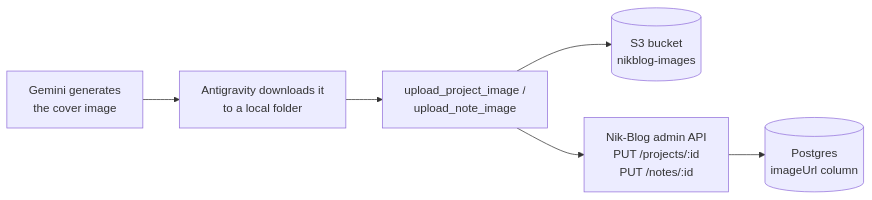
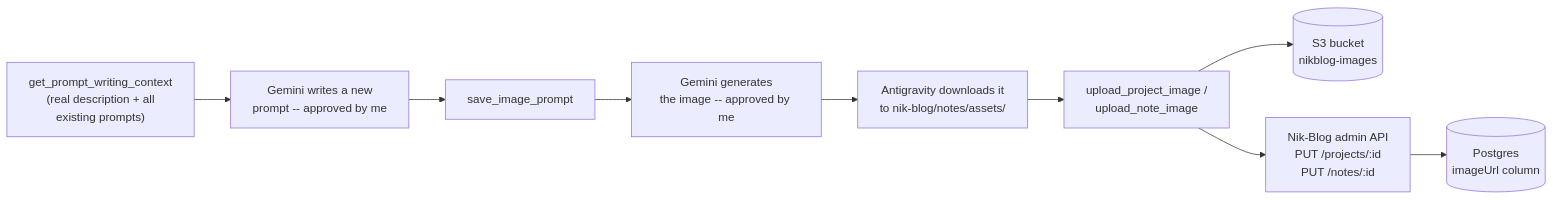
The diagram in README.md (NikanEidi/nikblog-image-mcp), drawn with Mermaid before and after one commit. The commit also changed other lines of this file and 8 other files, not shown here.

````diff
--- a/README.md
+++ b/README.md
@@ -11,8 +13,11 @@
 ```mermaid
 flowchart LR
-    A["Gemini generates\nthe cover image"] --> B["Antigravity downloads it\nto a local folder"]
-    B --> C["upload_project_image /\nupload_note_image"]
-    C --> D[("S3 bucket\nnikblog-images")]
-    C --> E["Nik-Blog admin API\nPUT /projects/:id\nPUT /notes/:id"]
-    E --> F[("Postgres\nimageUrl column")]
+    A["get_prompt_writing_context\n(real description + all\nexisting prompts)"] --> B["Gemini writes a new\nprompt -- approved by me"]
+    B --> C["save_image_prompt"]
+    C --> D["Gemini generates\nthe image -- approved by me"]
+    D --> E["Antigravity downloads it\nto nik-blog/notes/assets/"]
+    E --> F["upload_project_image /\nupload_note_image"]
+    F --> G[("S3 bucket\nnikblog-images")]
+    F --> H["Nik-Blog admin API\nPUT /projects/:id\nPUT /notes/:id"]
+    H --> I[("Postgres\nimageUrl column")]
 ```
````
